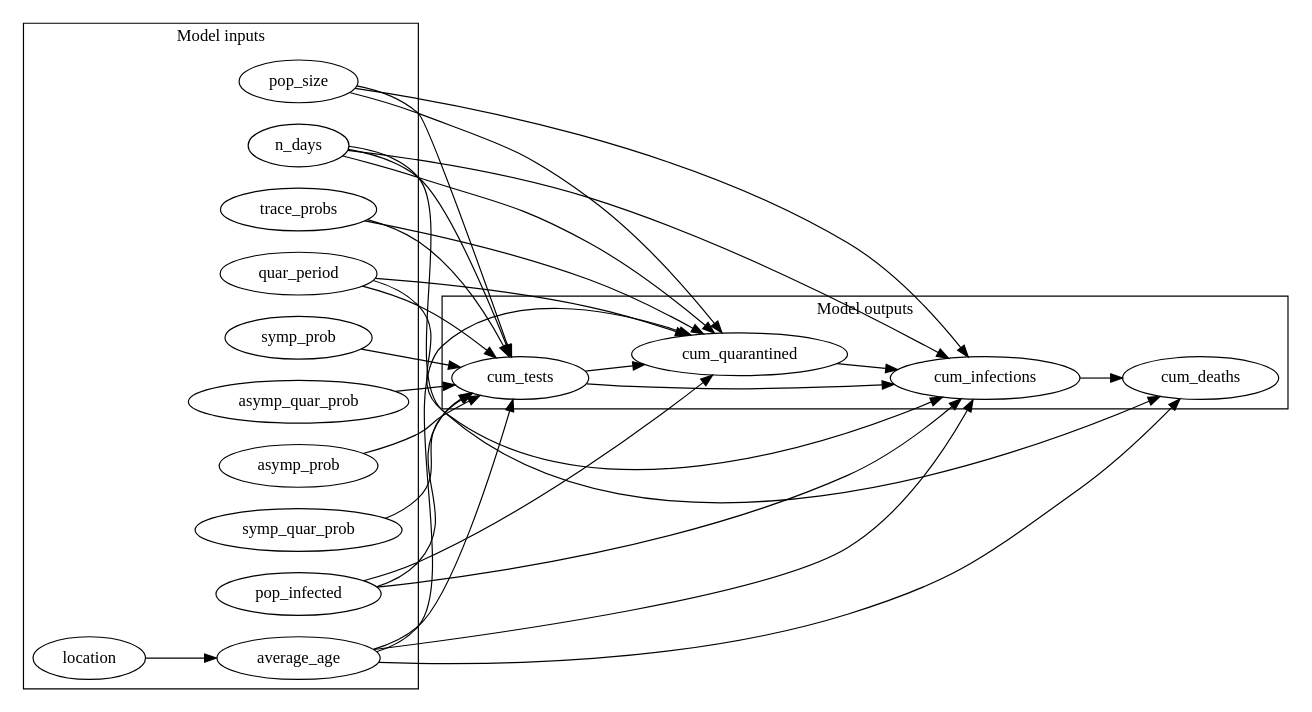
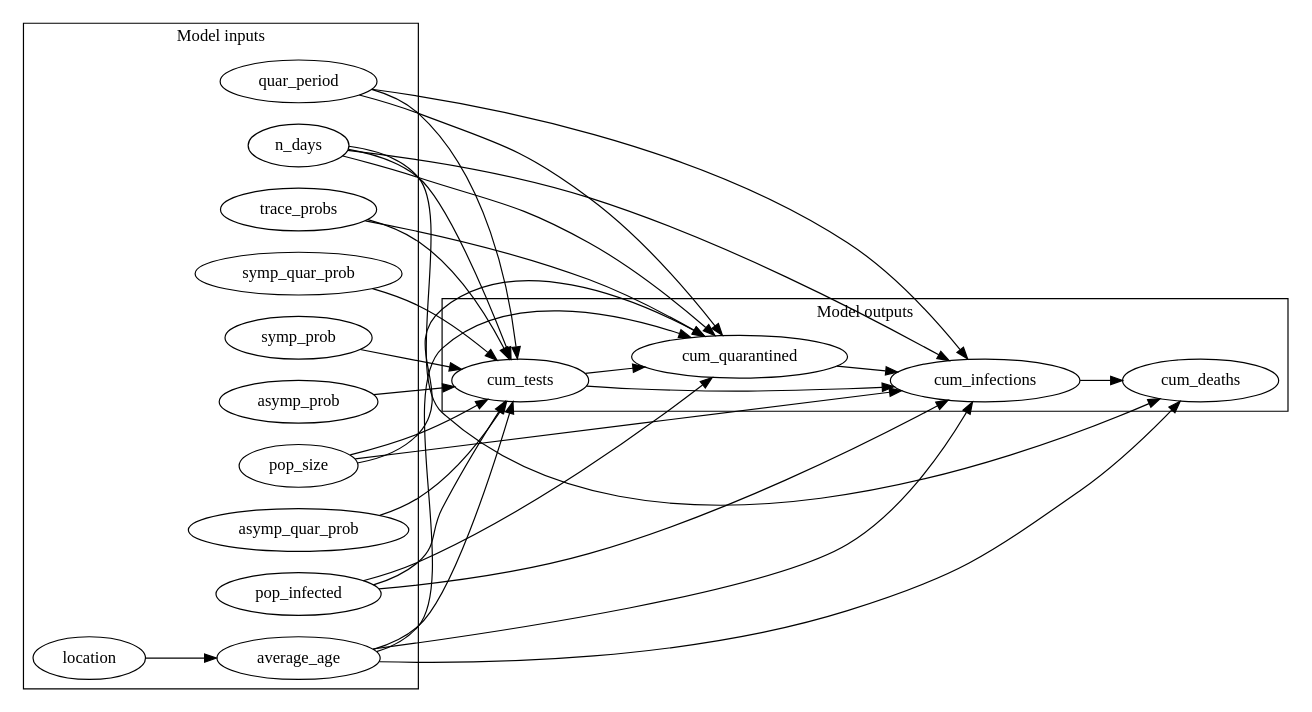
One commit to CITCOM-project/causcumber changed the diagram in scenarios/abstract/dags/compare_interventions_basic.dot. Above: the diagram before and after it, drawn with Graphviz. The commit also changed other lines of this file and 8 other files, not shown here.

```diff
--- a/scenarios/abstract/dags/compare_interventions_basic.dot
+++ b/scenarios/abstract/dags/compare_interventions_basic.dot
@@ -1,54 +1,54 @@
 digraph "" {
 	graph [newrank=True,
 		rankdir=LR
 	];
 	subgraph cluster_inputs {
 		graph [label="Model inputs"];
+		asymp_prob;
+		pop_infected;
 		location;
 		asymp_quar_prob;
-		pop_infected;
-		asymp_prob;
-		trace_probs;
-		quar_period;
 		average_age;
-		symp_prob;
-		n_days;
 		pop_size;
 		symp_quar_prob;
+		quar_period;
+		trace_probs;
+		n_days;
+		symp_prob;
 	}
 	subgraph cluster_outputs {
 		graph [label="Model outputs"];
+		cum_quarantined;
 		cum_deaths;
 		cum_tests;
 		cum_infections;
-		cum_quarantined;
 	}
+	asymp_prob -> cum_tests;
+	pop_infected -> cum_quarantined;
+	pop_infected -> cum_tests;
+	pop_infected -> cum_infections;
 	location -> average_age;
 	asymp_quar_prob -> cum_tests;
-	pop_infected -> cum_tests;
-	pop_infected -> cum_infections;
-	pop_infected -> cum_quarantined;
-	asymp_prob -> cum_tests;
-	trace_probs -> cum_tests;
-	trace_probs -> cum_quarantined;
-	quar_period -> cum_tests;
-	quar_period -> cum_infections;
-	quar_period -> cum_quarantined;
+	average_age -> cum_quarantined;
 	average_age -> cum_deaths;
 	average_age -> cum_tests;
 	average_age -> cum_infections;
-	average_age -> cum_quarantined;
-	symp_prob -> cum_tests;
+	pop_size -> cum_quarantined;
+	pop_size -> cum_tests;
+	pop_size -> cum_infections;
+	symp_quar_prob -> cum_tests;
+	quar_period -> cum_quarantined;
+	quar_period -> cum_tests;
+	quar_period -> cum_infections;
+	trace_probs -> cum_quarantined;
+	trace_probs -> cum_tests;
+	n_days -> cum_quarantined;
 	n_days -> cum_deaths;
 	n_days -> cum_tests;
 	n_days -> cum_infections;
-	n_days -> cum_quarantined;
-	pop_size -> cum_tests;
-	pop_size -> cum_infections;
-	pop_size -> cum_quarantined;
-	symp_quar_prob -> cum_tests;
+	symp_prob -> cum_tests;
+	cum_quarantined -> cum_infections;
+	cum_tests -> cum_quarantined;
 	cum_tests -> cum_infections;
-	cum_tests -> cum_quarantined;
 	cum_infections -> cum_deaths;
-	cum_quarantined -> cum_infections;
 }
```
